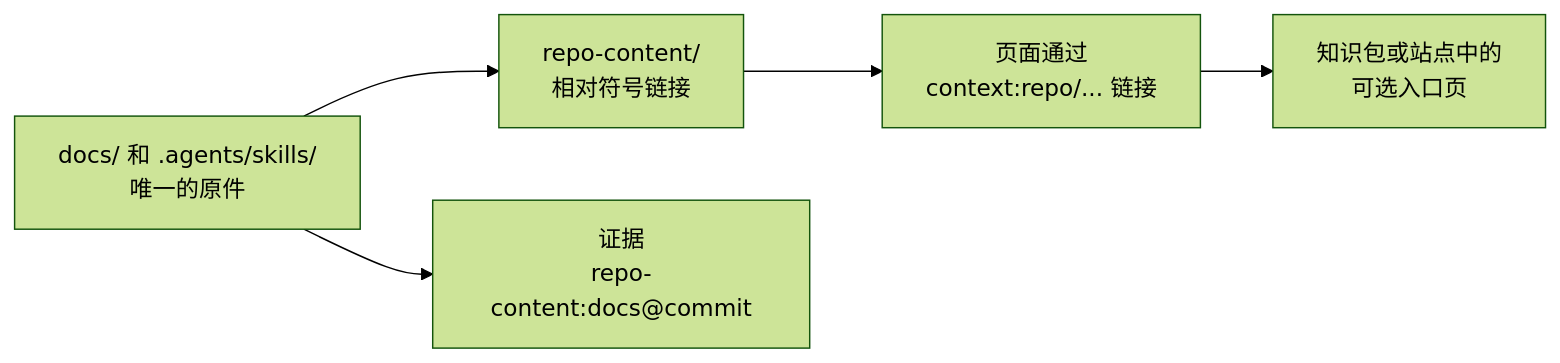
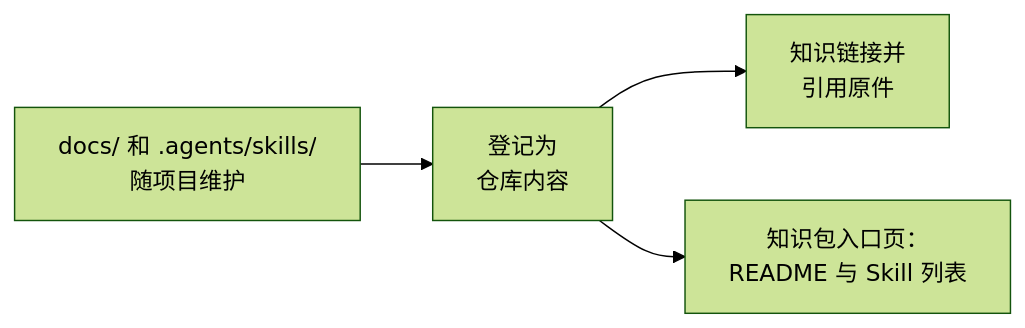
The diagram in translations/zh-CN/sop/registering-sources/same-repository-docs.md (context4ai/portal), drawn with Mermaid (forest theme) before and after one commit. The commit also changed other lines of this file and 138 other files, not shown here.

````diff
--- a/translations/zh-CN/sop/registering-sources/same-repository-docs.md
+++ b/translations/zh-CN/sop/registering-sources/same-repository-docs.md
@@ -38,7 +16,6 @@
 ```mermaid
 flowchart LR
-  orig["docs/ 和 .agents/skills/<br/>唯一的原件"] --> links["repo-content/<br/>相对符号链接"]
-  orig --> ev["证据<br/>repo-content:docs@commit"]
-  links --> pages["页面通过<br/>context:repo/... 链接"]
-  pages --> pkg["知识包或站点中的<br/>可选入口页"]
+  orig["docs/ 和 .agents/skills/<br/>随项目维护"] --> reg["登记为<br/>仓库内容"]
+  reg --> kn["知识链接并<br/>引用原件"]
+  reg --> pkg["知识包入口页：<br/>README 与 Skill 列表"]
 ```
````
